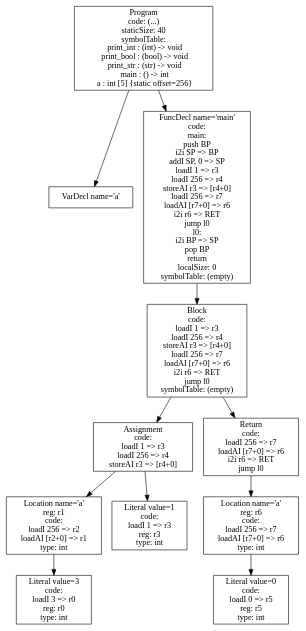
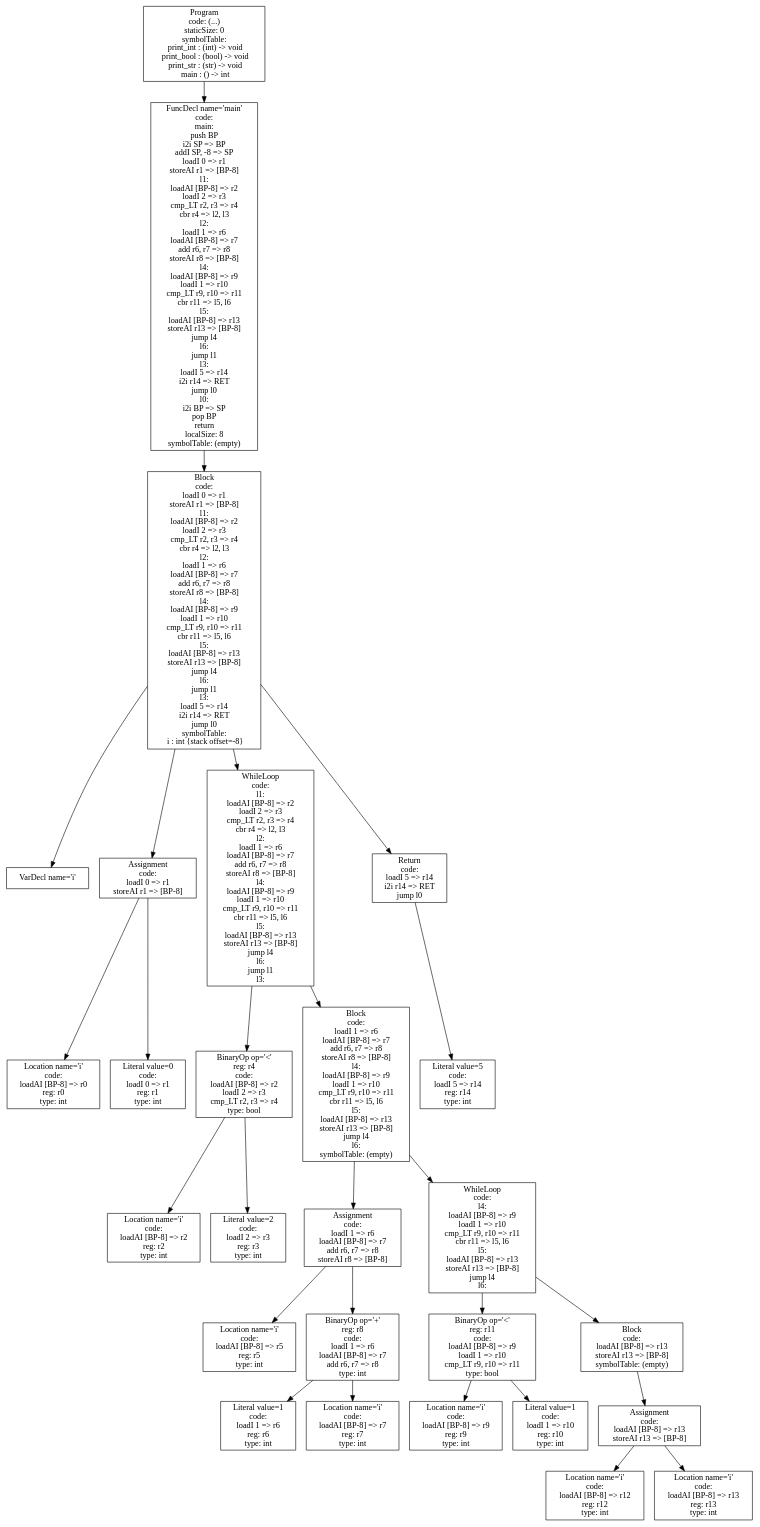
One commit to tran3jm/f22_compilers changed the diagram in p4-codegen/ast.dot. Above: the diagram before and after it, drawn with Graphviz. The commit also changed 10 other files, not shown here.

```diff
--- a/p4-codegen/ast.dot
+++ b/p4-codegen/ast.dot
@@ -1,23 +1,55 @@
 digraph AST {
-1 [shape=box, label="VarDecl name='a'"];
-6 [shape=box, label="Literal value=3\ncode: \nloadI 3 => r0\nreg: r0\ntype: int"];
-5 [shape=box, label="Location name='a'\nreg: r1\ncode: \nloadI 256 => r2\nloadAI [r2+0] => r1\ntype: int"];
-5 -> 6;
-7 [shape=box, label="Literal value=1\ncode: \nloadI 1 => r3\nreg: r3\ntype: int"];
-4 [shape=box, label="Assignment\ncode: \nloadI 1 => r3\nloadI 256 => r4\nstoreAI r3 => [r4+0]"];
+3 [shape=box, label="VarDecl name='i'"];
+5 [shape=box, label="Location name='i'\ncode: \nloadAI [BP-8] => r0\nreg: r0\ntype: int"];
+6 [shape=box, label="Literal value=0\ncode: \nloadI 0 => r1\nreg: r1\ntype: int"];
+4 [shape=box, label="Assignment\ncode: \nloadI 0 => r1\nstoreAI r1 => [BP-8]"];
 4 -> 5;
-4 -> 7;
-10 [shape=box, label="Literal value=0\ncode: \nloadI 0 => r5\nreg: r5\ntype: int"];
-9 [shape=box, label="Location name='a'\nreg: r6\ncode: \nloadI 256 => r7\nloadAI [r7+0] => r6\ntype: int"];
-9 -> 10;
-8 [shape=box, label="Return\ncode: \nloadI 256 => r7\nloadAI [r7+0] => r6\ni2i r6 => RET\njump l0"];
+4 -> 6;
+9 [shape=box, label="Location name='i'\ncode: \nloadAI [BP-8] => r2\nreg: r2\ntype: int"];
+10 [shape=box, label="Literal value=2\ncode: \nloadI 2 => r3\nreg: r3\ntype: int"];
+8 [shape=box, label="BinaryOp op='<'\nreg: r4\ncode: \nloadAI [BP-8] => r2\nloadI 2 => r3\ncmp_LT r2, r3 => r4\ntype: bool"];
 8 -> 9;
-3 [shape=box, label="Block\ncode: \nloadI 1 => r3\nloadI 256 => r4\nstoreAI r3 => [r4+0]\nloadI 256 => r7\nloadAI [r7+0] => r6\ni2i r6 => RET\njump l0\nsymbolTable: (empty)"];
-3 -> 4;
-3 -> 8;
-2 [shape=box, label="FuncDecl name='main'\ncode: \nmain:\npush BP\ni2i SP => BP\naddI SP, 0 => SP\nloadI 1 => r3\nloadI 256 => r4\nstoreAI r3 => [r4+0]\nloadI 256 => r7\nloadAI [r7+0] => r6\ni2i r6 => RET\njump l0\nl0:\ni2i BP => SP\npop BP\nreturn\nlocalSize: 0\nsymbolTable: (empty)"];
+8 -> 10;
+13 [shape=box, label="Location name='i'\ncode: \nloadAI [BP-8] => r5\nreg: r5\ntype: int"];
+15 [shape=box, label="Literal value=1\ncode: \nloadI 1 => r6\nreg: r6\ntype: int"];
+16 [shape=box, label="Location name='i'\ncode: \nloadAI [BP-8] => r7\nreg: r7\ntype: int"];
+14 [shape=box, label="BinaryOp op='+'\nreg: r8\ncode: \nloadI 1 => r6\nloadAI [BP-8] => r7\nadd r6, r7 => r8\ntype: int"];
+14 -> 15;
+14 -> 16;
+12 [shape=box, label="Assignment\ncode: \nloadI 1 => r6\nloadAI [BP-8] => r7\nadd r6, r7 => r8\nstoreAI r8 => [BP-8]"];
+12 -> 13;
+12 -> 14;
+19 [shape=box, label="Location name='i'\ncode: \nloadAI [BP-8] => r9\nreg: r9\ntype: int"];
+20 [shape=box, label="Literal value=1\ncode: \nloadI 1 => r10\nreg: r10\ntype: int"];
+18 [shape=box, label="BinaryOp op='<'\nreg: r11\ncode: \nloadAI [BP-8] => r9\nloadI 1 => r10\ncmp_LT r9, r10 => r11\ntype: bool"];
+18 -> 19;
+18 -> 20;
+23 [shape=box, label="Location name='i'\ncode: \nloadAI [BP-8] => r12\nreg: r12\ntype: int"];
+24 [shape=box, label="Location name='i'\ncode: \nloadAI [BP-8] => r13\nreg: r13\ntype: int"];
+22 [shape=box, label="Assignment\ncode: \nloadAI [BP-8] => r13\nstoreAI r13 => [BP-8]"];
+22 -> 23;
+22 -> 24;
+21 [shape=box, label="Block\ncode: \nloadAI [BP-8] => r13\nstoreAI r13 => [BP-8]\nsymbolTable: (empty)"];
+21 -> 22;
+17 [shape=box, label="WhileLoop\ncode: \nl4:\nloadAI [BP-8] => r9\nloadI 1 => r10\ncmp_LT r9, r10 => r11\ncbr r11 => l5, l6\nl5:\nloadAI [BP-8] => r13\nstoreAI r13 => [BP-8]\njump l4\nl6:"];
+17 -> 18;
+17 -> 21;
+11 [shape=box, label="Block\ncode: \nloadI 1 => r6\nloadAI [BP-8] => r7\nadd r6, r7 => r8\nstoreAI r8 => [BP-8]\nl4:\nloadAI [BP-8] => r9\nloadI 1 => r10\ncmp_LT r9, r10 => r11\ncbr r11 => l5, l6\nl5:\nloadAI [BP-8] => r13\nstoreAI r13 => [BP-8]\njump l4\nl6:\nsymbolTable: (empty)"];
+11 -> 12;
+11 -> 17;
+7 [shape=box, label="WhileLoop\ncode: \nl1:\nloadAI [BP-8] => r2\nloadI 2 => r3\ncmp_LT r2, r3 => r4\ncbr r4 => l2, l3\nl2:\nloadI 1 => r6\nloadAI [BP-8] => r7\nadd r6, r7 => r8\nstoreAI r8 => [BP-8]\nl4:\nloadAI [BP-8] => r9\nloadI 1 => r10\ncmp_LT r9, r10 => r11\ncbr r11 => l5, l6\nl5:\nloadAI [BP-8] => r13\nstoreAI r13 => [BP-8]\njump l4\nl6:\njump l1\nl3:"];
+7 -> 8;
+7 -> 11;
+26 [shape=box, label="Literal value=5\ncode: \nloadI 5 => r14\nreg: r14\ntype: int"];
+25 [shape=box, label="Return\ncode: \nloadI 5 => r14\ni2i r14 => RET\njump l0"];
+25 -> 26;
+2 [shape=box, label="Block\ncode: \nloadI 0 => r1\nstoreAI r1 => [BP-8]\nl1:\nloadAI [BP-8] => r2\nloadI 2 => r3\ncmp_LT r2, r3 => r4\ncbr r4 => l2, l3\nl2:\nloadI 1 => r6\nloadAI [BP-8] => r7\nadd r6, r7 => r8\nstoreAI r8 => [BP-8]\nl4:\nloadAI [BP-8] => r9\nloadI 1 => r10\ncmp_LT r9, r10 => r11\ncbr r11 => l5, l6\nl5:\nloadAI [BP-8] => r13\nstoreAI r13 => [BP-8]\njump l4\nl6:\njump l1\nl3:\nloadI 5 => r14\ni2i r14 => RET\njump l0\nsymbolTable: \n  i : int {stack offset=-8}"];
 2 -> 3;
-0 [shape=box, label="Program\ncode: (...)\nstaticSize: 40\nsymbolTable: \n  print_int : (int) -> void\n  print_bool : (bool) -> void\n  print_str : (str) -> void\n  main : () -> int\n  a : int [5] {static offset=256}"];
+2 -> 4;
+2 -> 7;
+2 -> 25;
+1 [shape=box, label="FuncDecl name='main'\ncode: \nmain:\npush BP\ni2i SP => BP\naddI SP, -8 => SP\nloadI 0 => r1\nstoreAI r1 => [BP-8]\nl1:\nloadAI [BP-8] => r2\nloadI 2 => r3\ncmp_LT r2, r3 => r4\ncbr r4 => l2, l3\nl2:\nloadI 1 => r6\nloadAI [BP-8] => r7\nadd r6, r7 => r8\nstoreAI r8 => [BP-8]\nl4:\nloadAI [BP-8] => r9\nloadI 1 => r10\ncmp_LT r9, r10 => r11\ncbr r11 => l5, l6\nl5:\nloadAI [BP-8] => r13\nstoreAI r13 => [BP-8]\njump l4\nl6:\njump l1\nl3:\nloadI 5 => r14\ni2i r14 => RET\njump l0\nl0:\ni2i BP => SP\npop BP\nreturn\nlocalSize: 8\nsymbolTable: (empty)"];
+1 -> 2;
+0 [shape=box, label="Program\ncode: (...)\nstaticSize: 0\nsymbolTable: \n  print_int : (int) -> void\n  print_bool : (bool) -> void\n  print_str : (str) -> void\n  main : () -> int"];
 0 -> 1;
-0 -> 2;
 }
```
